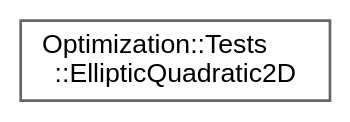
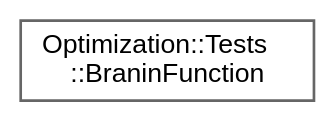
Before and after one commit to jswoo0615/Algorithms_for_Optimization_cpp: the diagram in inherit_graph_32.dot, drawn with Graphviz. The commit also changed 48 other files, not shown here.

```diff
--- a/inherit_graph_32.dot
+++ b/inherit_graph_32.dot
@@ -1,9 +1,9 @@
 digraph "Graphical Class Hierarchy"
 {
  // LATEX_PDF_SIZE
   bgcolor="transparent";
   edge [fontname=Helvetica,fontsize=10,labelfontname=Helvetica,labelfontsize=10];
   node [fontname=Helvetica,fontsize=10,shape=box,height=0.2,width=0.4];
   rankdir="LR";
-  Node0 [id="Node000000",label="Optimization::Tests\l::EllipticQuadratic2D",height=0.2,width=0.4,color="grey40", fillcolor="white", style="filled",URL="$structOptimization_1_1Tests_1_1EllipticQuadratic2D.html",tooltip=" "];
+  Node0 [id="Node000000",label="Optimization::Tests\l::BraninFunction",height=0.2,width=0.4,color="grey40", fillcolor="white", style="filled",URL="$structOptimization_1_1Tests_1_1BraninFunction.html",tooltip="Branin Function (전역 최적화 테스트용 벤치마크)"];
 }
```
